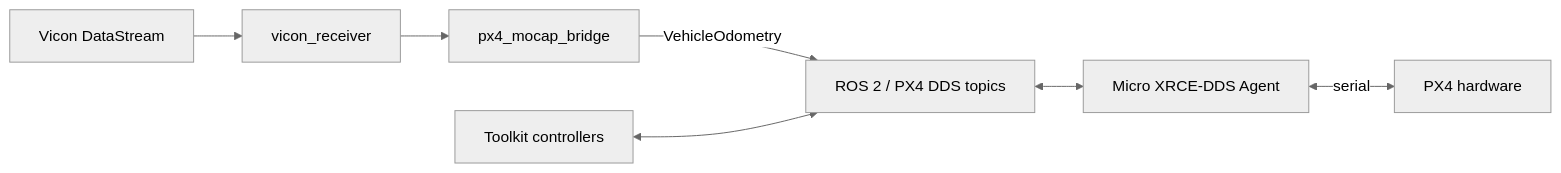
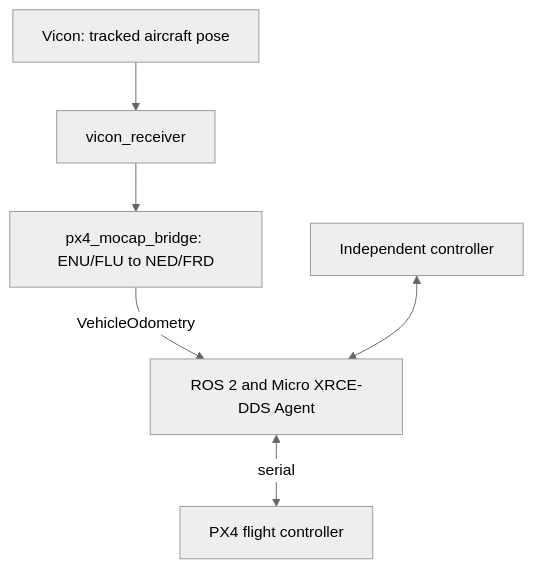
Before and after one commit to ANCL/px4-dev-toolkit: the diagram in docs/environments/hardware.md, drawn with Mermaid (neutral theme). The commit also changed other lines of this file and 11 other files, not shown here.

````diff
--- a/docs/environments/hardware.md
+++ b/docs/environments/hardware.md
@@ -11,9 +7,8 @@
 ```mermaid
-flowchart LR
-    V[Vicon DataStream] --> VR[vicon_receiver]
-    VR --> MB[px4_mocap_bridge]
-    MB -->|VehicleOdometry| R[ROS 2 / PX4 DDS topics]
-    R <--> X[Micro XRCE-DDS Agent]
-    X <--> |serial| P[PX4 hardware]
-    C[Toolkit controllers] <--> R
+flowchart TB
+    V[Vicon: tracked aircraft pose] --> VR[vicon_receiver]
+    VR --> B[px4_mocap_bridge: ENU/FLU to NED/FRD]
+    B -->|VehicleOdometry| X[ROS 2 and Micro XRCE-DDS Agent]
+    X <-->|serial| P[PX4 flight controller]
+    C[Independent controller] <--> X
 ```
````
